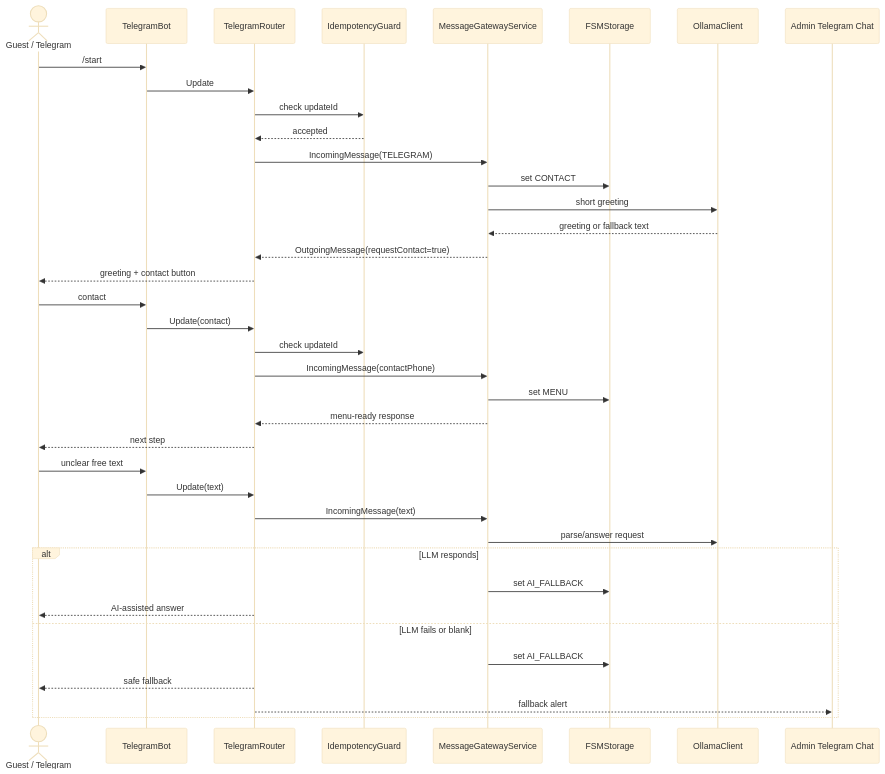
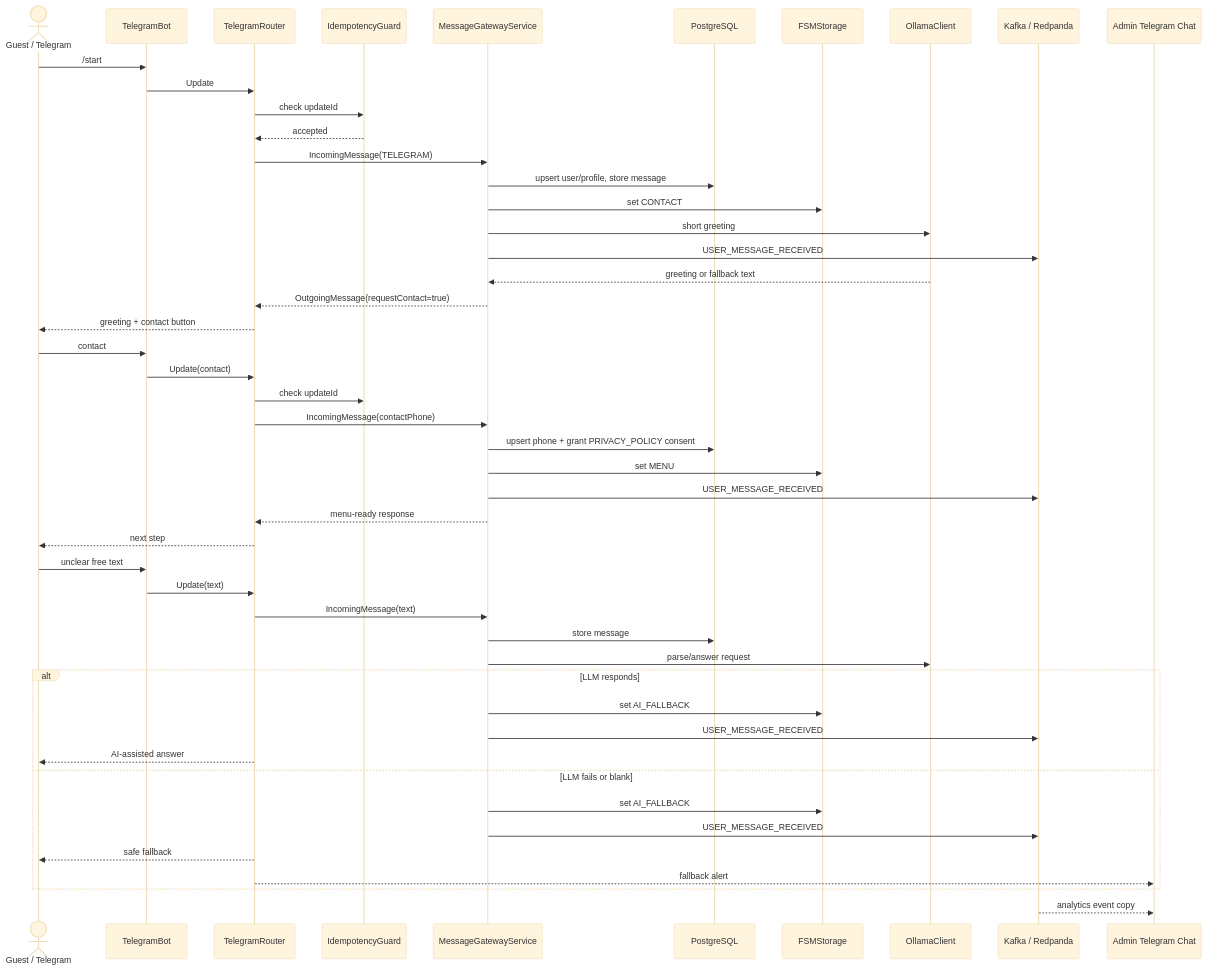
One commit to michaelwelly/Astor_Butler_MVP changed the diagram in docs/FSM_SCENARIOS.md. Above: the diagram before and after it, drawn with Mermaid (base theme). The commit also changed other lines of this file and 36 other files, not shown here.

Commit message:
Add consent vault events and local gateway stack

````diff
--- a/docs/FSM_SCENARIOS.md
+++ b/docs/FSM_SCENARIOS.md
@@ -20,43 +23,54 @@
 ```mermaid
 sequenceDiagram
     actor Guest as Guest / Telegram
     participant Tg as TelegramBot
     participant Router as TelegramRouter
     participant Idem as IdempotencyGuard
     participant Gateway as MessageGatewayService
+    participant Pg as PostgreSQL
     participant FSM as FSMStorage
     participant LLM as OllamaClient
+    participant Kafka as Kafka / Redpanda
     participant Admin as Admin Telegram Chat
 
     Guest->>Tg: /start
     Tg->>Router: Update
     Router->>Idem: check updateId
     Idem-->>Router: accepted
     Router->>Gateway: IncomingMessage(TELEGRAM)
+    Gateway->>Pg: upsert user/profile, store message
     Gateway->>FSM: set CONTACT
     Gateway->>LLM: short greeting
+    Gateway->>Kafka: USER_MESSAGE_RECEIVED
     LLM-->>Gateway: greeting or fallback text
     Gateway-->>Router: OutgoingMessage(requestContact=true)
     Router-->>Guest: greeting + contact button
 
     Guest->>Tg: contact
     Tg->>Router: Update(contact)
     Router->>Idem: check updateId
     Router->>Gateway: IncomingMessage(contactPhone)
+    Gateway->>Pg: upsert phone + grant PRIVACY_POLICY consent
     Gateway->>FSM: set MENU
+    Gateway->>Kafka: USER_MESSAGE_RECEIVED
     Gateway-->>Router: menu-ready response
     Router-->>Guest: next step
 
     Guest->>Tg: unclear free text
     Tg->>Router: Update(text)
     Router->>Gateway: IncomingMessage(text)
+    Gateway->>Pg: store message
     Gateway->>LLM: parse/answer request
     alt LLM responds
         Gateway->>FSM: set AI_FALLBACK
+        Gateway->>Kafka: USER_MESSAGE_RECEIVED
         Router-->>Guest: AI-assisted answer
     else LLM fails or blank
         Gateway->>FSM: set AI_FALLBACK
+        Gateway->>Kafka: USER_MESSAGE_RECEIVED
         Router-->>Guest: safe fallback
         Router-->>Admin: fallback alert
     end
+
+    Kafka-->>Admin: analytics event copy
 ```
````
